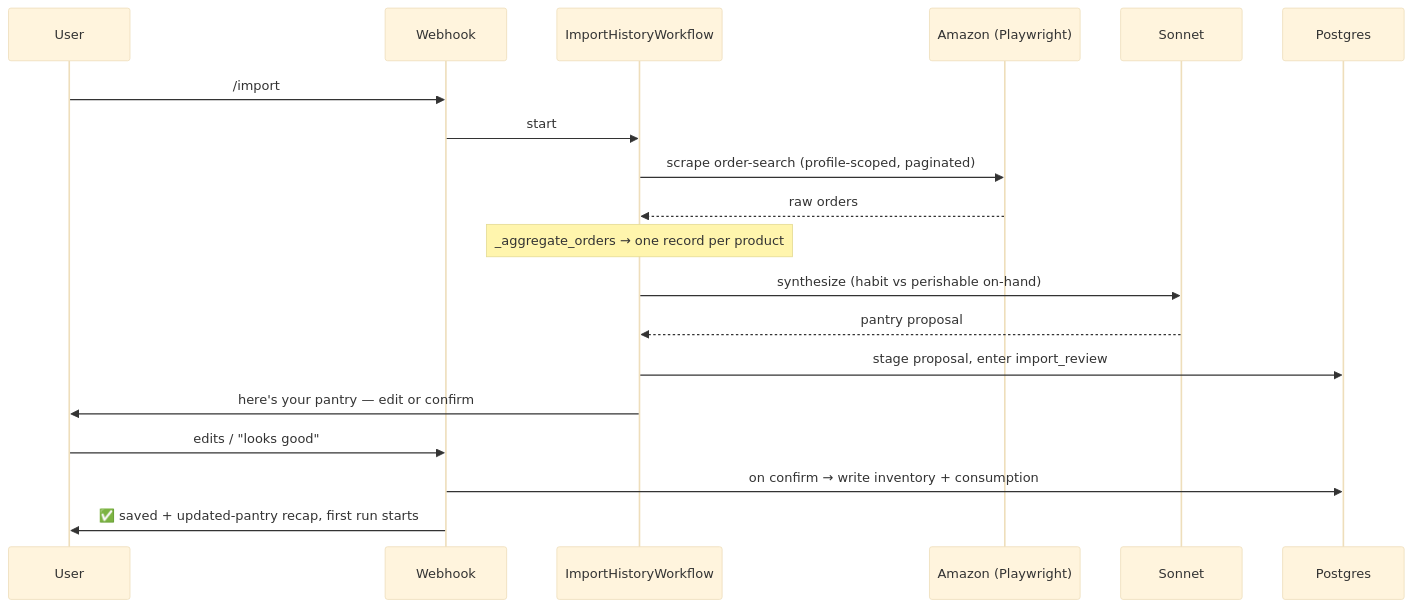
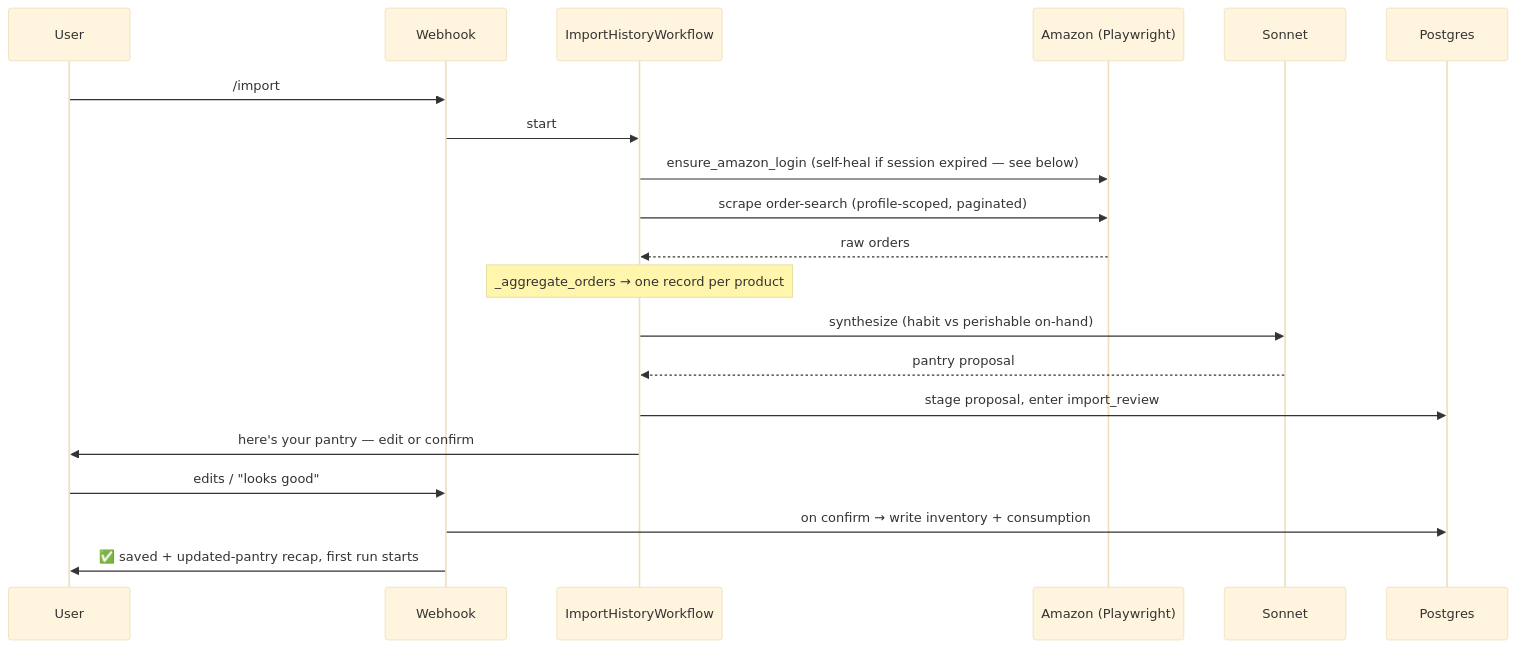
The fifth of 6 diagrams in docs/SYSTEM_REFERENCE.md (geogoesbeepboop/grocery-buddy), drawn with Mermaid (base theme) before and after one commit. The commit also changed other lines of this file and 10 other files, not shown here.

````diff
--- a/docs/SYSTEM_REFERENCE.md
+++ b/docs/SYSTEM_REFERENCE.md
@@ -109,21 +109,22 @@
 ```mermaid
 sequenceDiagram
     participant U as User
     participant W as Webhook
     participant WF as ImportHistoryWorkflow
     participant AZ as Amazon (Playwright)
     participant S as Sonnet
     participant DB as Postgres
     U->>W: /import
     W->>WF: start
+    WF->>AZ: ensure_amazon_login (self-heal if session expired — see below)
     WF->>AZ: scrape order-search (profile-scoped, paginated)
     AZ-->>WF: raw orders
     Note over WF: _aggregate_orders → one record per product
     WF->>S: synthesize (habit vs perishable on-hand)
     S-->>WF: pantry proposal
     WF->>DB: stage proposal, enter import_review
     WF->>U: here's your pantry — edit or confirm
     U->>W: edits / "looks good"
     W->>DB: on confirm → write inventory + consumption
     W->>U: ✅ saved + updated-pantry recap, first run starts
 ```
````
